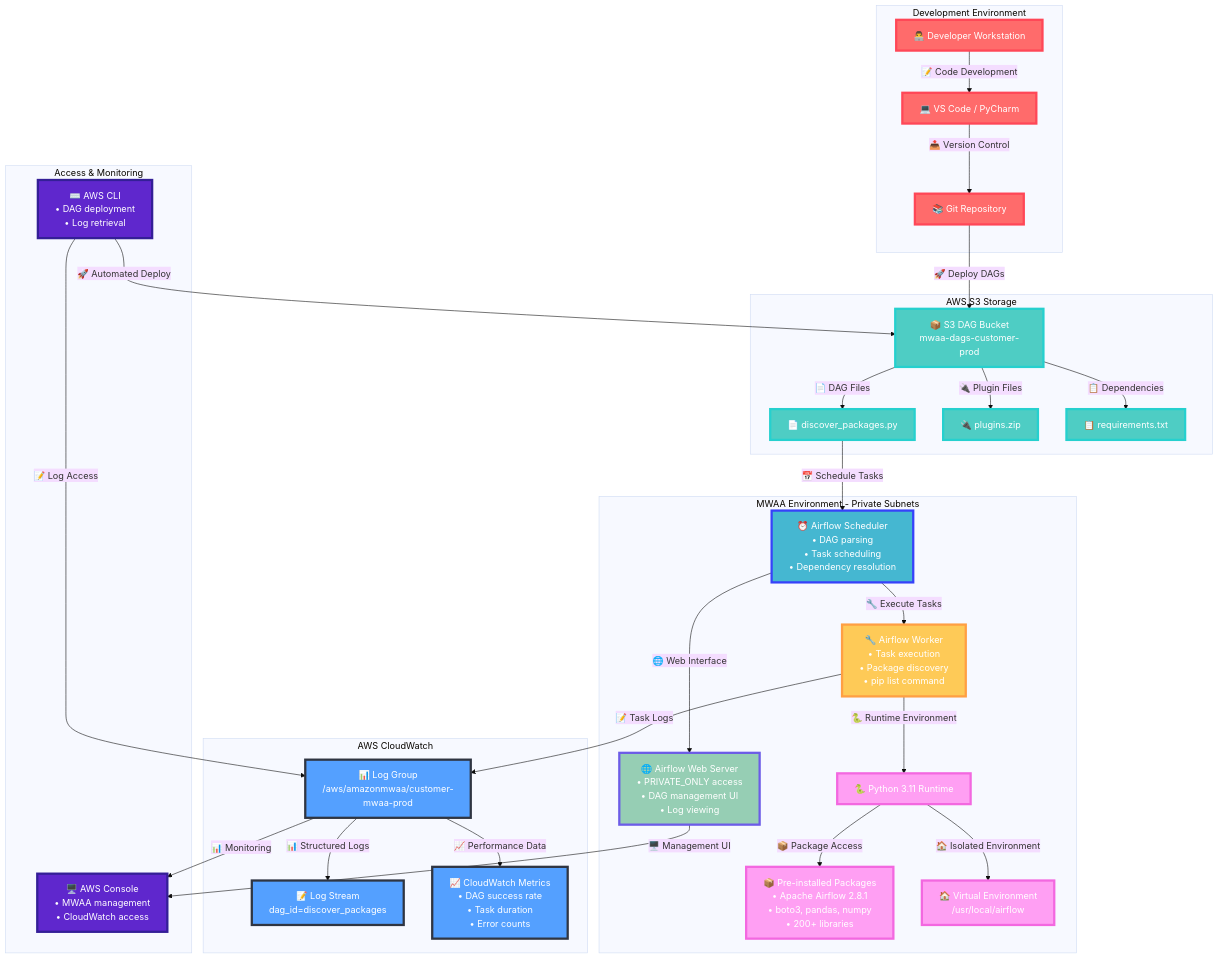
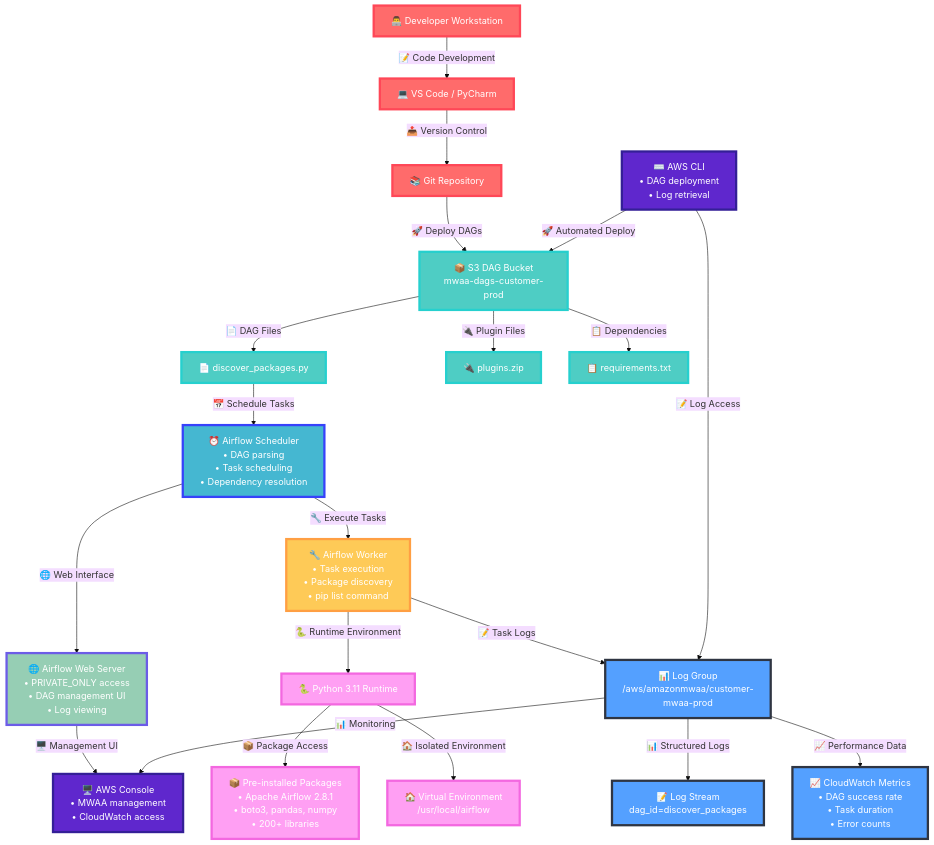
Before and after one commit to demoq-demo/mwaa: the tenth of 12 diagrams in README.md, drawn with Mermaid (base theme). The commit also changed other lines of this file, not shown here.

````diff
--- a/README.md
+++ b/README.md
@@ -742,69 +742,64 @@
 ```mermaid
 graph TB
-    subgraph "Development Environment"
+    %% Development Environment
         DEV[👨‍💻 Developer Workstation]:::dev
         IDE[💻 VS Code / PyCharm]:::dev
         GIT[📚 Git Repository]:::dev
-    end
     
-    subgraph "AWS S3 Storage"
+    %% AWS S3 Storage
         S3BUCKET[📦 S3 DAG Bucket<br/>mwaa-dags-customer-prod]:::s3
         DAGFILE[📄 discover_packages.py]:::s3
         PLUGINS[🔌 plugins.zip]:::s3
         REQS[📋 requirements.txt]:::s3
-    end
     
-    subgraph "MWAA Environment - Private Subnets"
+    %% MWAA Environment - Private Subnets
         SCHEDULER[⏰ Airflow Scheduler<br/>• DAG parsing<br/>• Task scheduling<br/>• Dependency resolution]:::scheduler
         WEBSERVER[🌐 Airflow Web Server<br/>• PRIVATE_ONLY access<br/>• DAG management UI<br/>• Log viewing]:::webserver
         WORKER[🔧 Airflow Worker<br/>• Task execution<br/>• Package discovery<br/>• pip list command]:::worker
         
         PYTHON[🐍 Python 3.11 Runtime]:::runtime
         PACKAGES[📦 Pre-installed Packages<br/>• Apache Airflow 2.8.1<br/>• boto3, pandas, numpy<br/>• 200+ libraries]:::runtime
         VENV[🏠 Virtual Environment<br/>/usr/local/airflow]:::runtime
-    end
     
-    subgraph "AWS CloudWatch"
+    %% AWS CloudWatch
         LOGGROUP[📊 Log Group<br/>/aws/amazonmwaa/customer-mwaa-prod]:::logs
         LOGSTREAM[📝 Log Stream<br/>dag_id=discover_packages]:::logs
         METRICS[📈 CloudWatch Metrics<br/>• DAG success rate<br/>• Task duration<br/>• Error counts]:::logs
-    end
     
-    subgraph "Access & Monitoring"
+    %% Access & Monitoring
         CONSOLE[🖥️ AWS Console<br/>• MWAA management<br/>• CloudWatch access]:::access
         CLI[⌨️ AWS CLI<br/>• DAG deployment<br/>• Log retrieval]:::access
-    end
     
     DEV -->|📝 Code Development| IDE
     IDE -->|📤 Version Control| GIT
     GIT -->|🚀 Deploy DAGs| S3BUCKET
     S3BUCKET -->|📄 DAG Files| DAGFILE
     S3BUCKET -->|🔌 Plugin Files| PLUGINS
     S3BUCKET -->|📋 Dependencies| REQS
     
     DAGFILE -->|📅 Schedule Tasks| SCHEDULER
     SCHEDULER -->|🌐 Web Interface| WEBSERVER
     SCHEDULER -->|🔧 Execute Tasks| WORKER
     
     WORKER -->|🐍 Runtime Environment| PYTHON
     PYTHON -->|📦 Package Access| PACKAGES
     PYTHON -->|🏠 Isolated Environment| VENV
     
     WORKER -->|📝 Task Logs| LOGGROUP
     LOGGROUP -->|📊 Structured Logs| LOGSTREAM
     LOGGROUP -->|📈 Performance Data| METRICS
     
     WEBSERVER -->|🖥️ Management UI| CONSOLE
     LOGGROUP -->|📊 Monitoring| CONSOLE
     CLI -->|🚀 Automated Deploy| S3BUCKET
     CLI -->|📝 Log Access| LOGGROUP
     
     classDef dev fill:#FF6B6B,stroke:#FF4757,stroke-width:4px,color:#fff
     classDef s3 fill:#4ECDC4,stroke:#26D0CE,stroke-width:4px,color:#fff
     classDef scheduler fill:#45B7D1,stroke:#3742FA,stroke-width:4px,color:#fff
     classDef webserver fill:#96CEB4,stroke:#6C5CE7,stroke-width:4px,color:#fff
     classDef worker fill:#FECA57,stroke:#FF9F43,stroke-width:4px,color:#fff
     classDef runtime fill:#FF9FF3,stroke:#F368E0,stroke-width:4px,color:#fff
     classDef logs fill:#54A0FF,stroke:#2F3542,stroke-width:4px,color:#fff
     classDef access fill:#5F27CD,stroke:#341F97,stroke-width:4px,color:#fff
 ```
````
